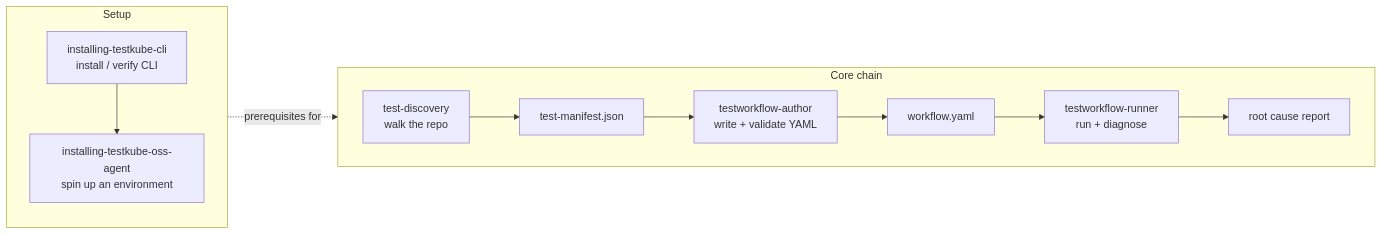
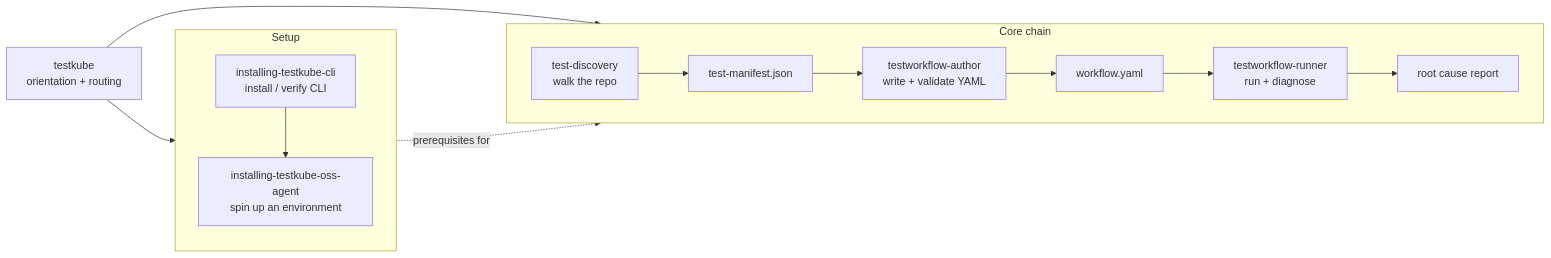
The diagram in docs/articles/testkube-skills.mdx (kubeshop/testkube-docs), drawn with Mermaid before and after one commit. The commit also changed other lines of this file and 1 other file, not shown here.

````diff
--- a/docs/articles/testkube-skills.mdx
+++ b/docs/articles/testkube-skills.mdx
@@ -70,22 +87,26 @@
 ```mermaid
 flowchart LR
+  entry["testkube<br/>orientation + routing"]
+
   subgraph setup [Setup]
     direction TB
     cli["installing-testkube-cli<br/>install / verify CLI"]
     oss["installing-testkube-oss-agent<br/>spin up an environment"]
     cli --> oss
   end
 
   subgraph chain [Core chain]
     direction LR
     disc["test-discovery<br/>walk the repo"]
     manifest["test-manifest.json"]
     author["testworkflow-author<br/>write + validate YAML"]
     wf["workflow.yaml"]
     runner["testworkflow-runner<br/>run + diagnose"]
     report["root cause report"]
     disc --> manifest --> author --> wf --> runner --> report
   end
 
+  entry --> setup
+  entry --> chain
   setup -. prerequisites for .-> chain
 ```
````
